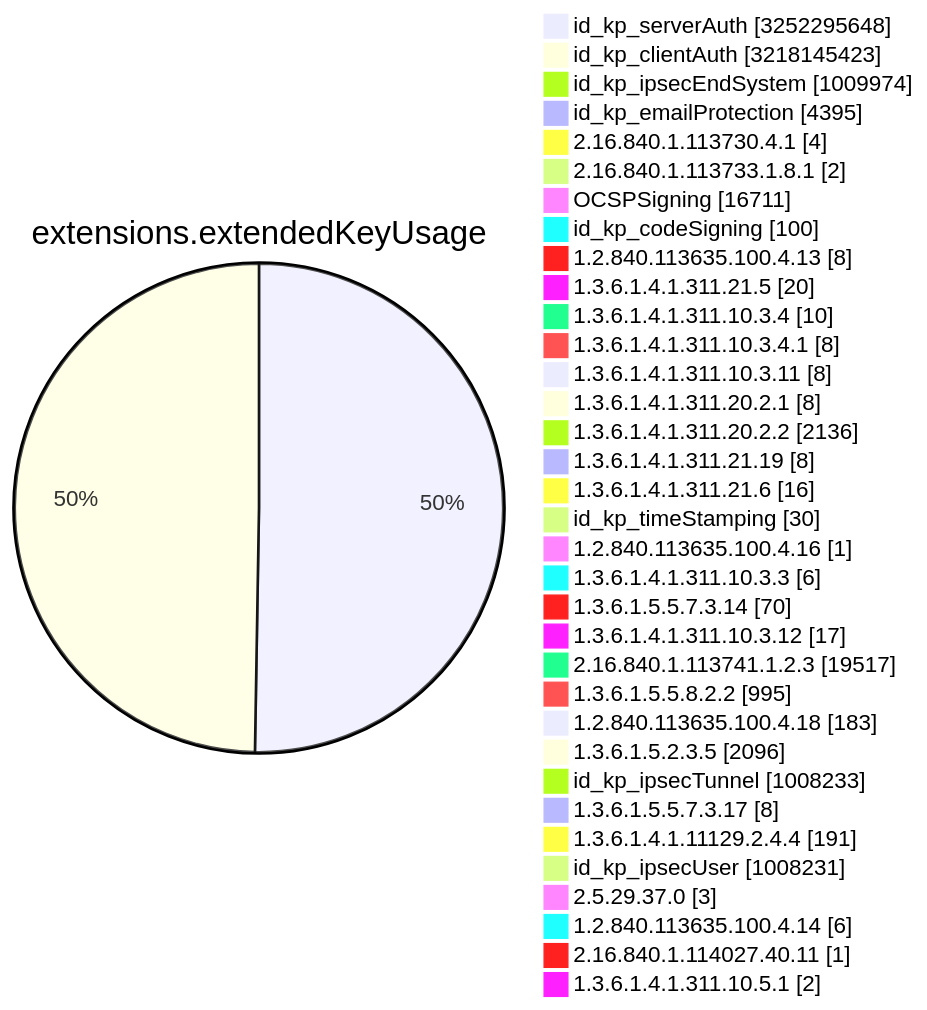
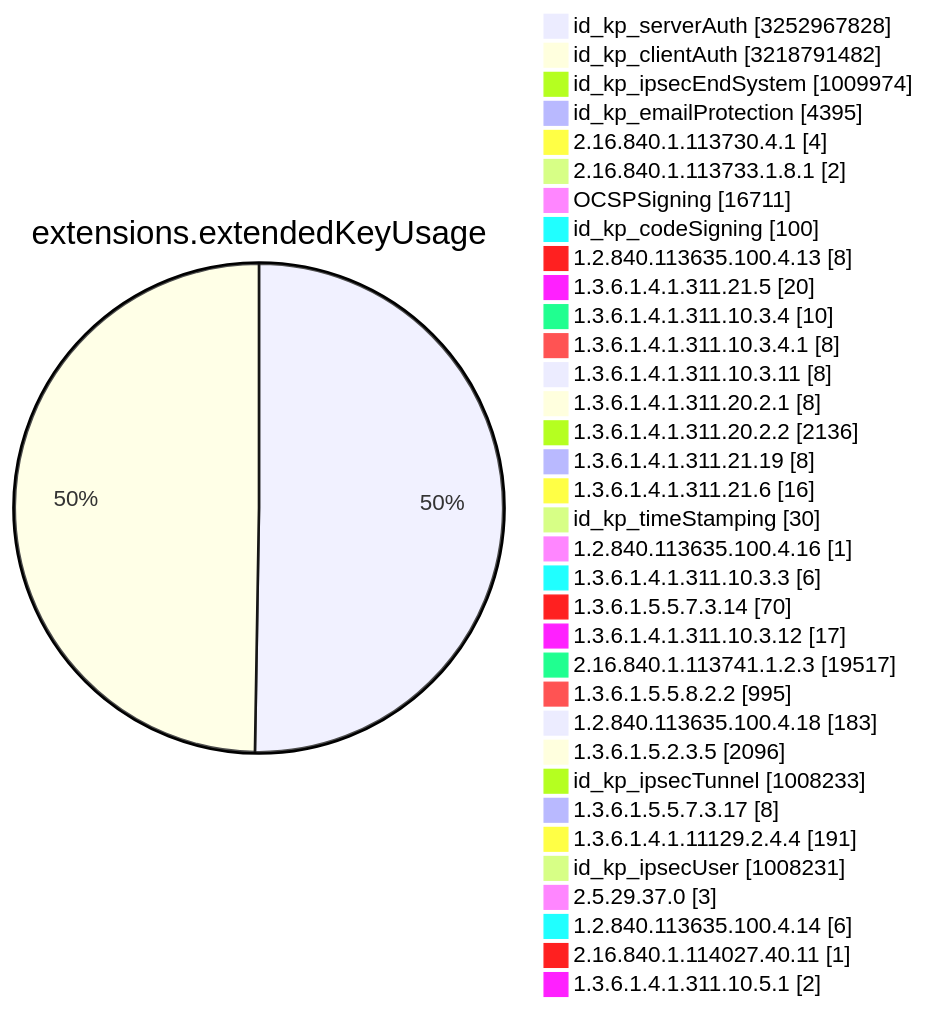
Before and after one commit to christiankrug/ctmonitor_visualization: diagram 11 of 15 in TOTAL/README.md, drawn with Mermaid. The commit also changed other lines of this file, not shown here.

````diff
--- a/TOTAL/README.md
+++ b/TOTAL/README.md
@@ -4119,38 +4119,38 @@
 ```mermaid
 pie showData
 title extensions.extendedKeyUsage
-"id_kp_serverAuth" :3252295648
-"id_kp_clientAuth" :3218145423
+"id_kp_serverAuth" :3252967828
+"id_kp_clientAuth" :3218791482
 "id_kp_ipsecEndSystem" :1009974
 "id_kp_emailProtection" :4395
 "2.16.840.1.113730.4.1" :4
 "2.16.840.1.113733.1.8.1" :2
 "OCSPSigning" :16711
 "id_kp_codeSigning" :100
 "1.2.840.113635.100.4.13" :8
 "1.3.6.1.4.1.311.21.5" :20
 "1.3.6.1.4.1.311.10.3.4" :10
 "1.3.6.1.4.1.311.10.3.4.1" :8
 "1.3.6.1.4.1.311.10.3.11" :8
 "1.3.6.1.4.1.311.20.2.1" :8
 "1.3.6.1.4.1.311.20.2.2" :2136
 "1.3.6.1.4.1.311.21.19" :8
 "1.3.6.1.4.1.311.21.6" :16
 "id_kp_timeStamping" :30
 "1.2.840.113635.100.4.16" :1
 "1.3.6.1.4.1.311.10.3.3" :6
 "1.3.6.1.5.5.7.3.14" :70
 "1.3.6.1.4.1.311.10.3.12" :17
 "2.16.840.1.113741.1.2.3" :19517
 "1.3.6.1.5.5.8.2.2" :995
 "1.2.840.113635.100.4.18" :183
 "1.3.6.1.5.2.3.5" :2096
 "id_kp_ipsecTunnel" :1008233
 "1.3.6.1.5.5.7.3.17" :8
 "1.3.6.1.4.1.11129.2.4.4" :191
 "id_kp_ipsecUser" :1008231
 "2.5.29.37.0" :3
 "1.2.840.113635.100.4.14" :6
 "2.16.840.1.114027.40.11" :1
 "1.3.6.1.4.1.311.10.5.1" :2
 ```
````
